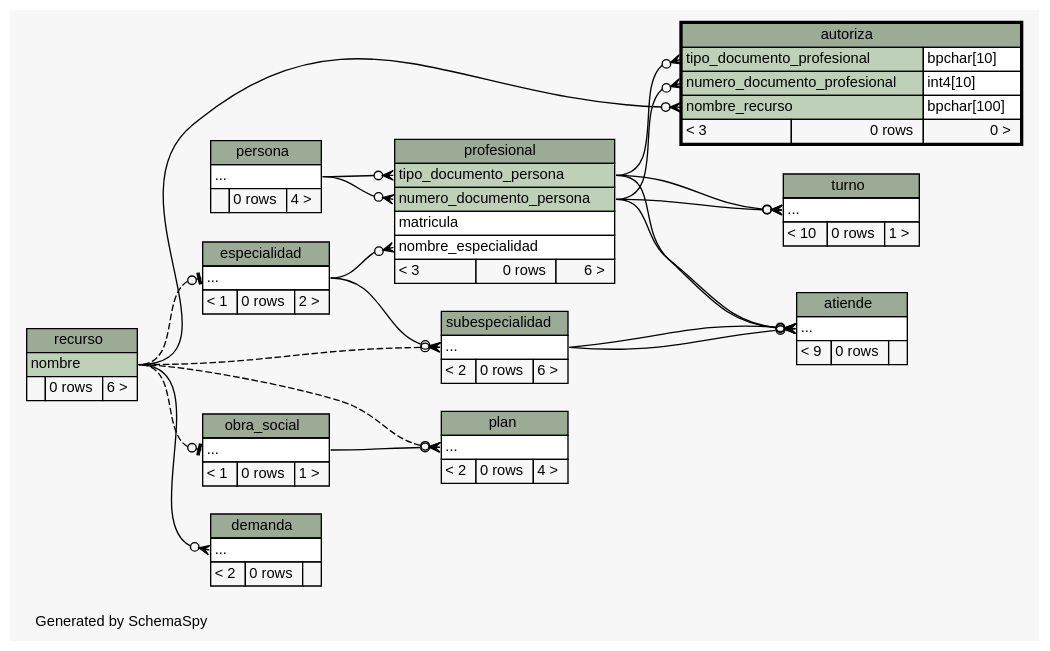
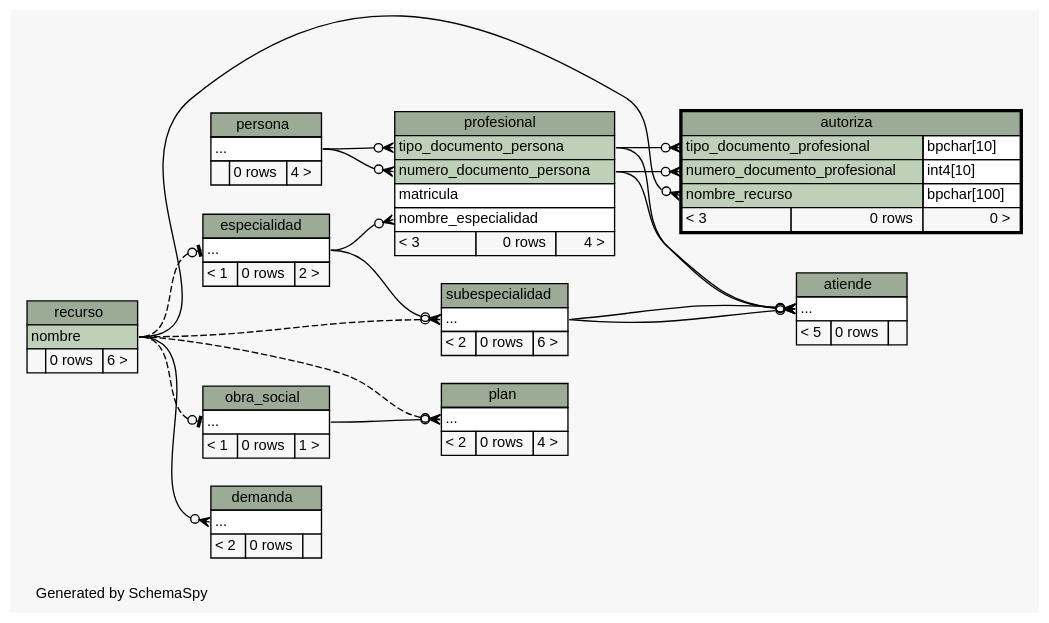
One commit to smpiano/bd-1cuat-2014-agenda-med changed the diagram in tp1/build/schema/diagrams/autoriza.implied2degrees.dot. Above: the diagram before and after it, drawn with Graphviz. The commit also changed 138 other files, not shown here.

```diff
--- a/tp1/build/schema/diagrams/autoriza.implied2degrees.dot
+++ b/tp1/build/schema/diagrams/autoriza.implied2degrees.dot
@@ -1,156 +1,144 @@
 // dot 2.26.3 on Linux 3.8.0-35-generic
 // SchemaSpy rev 590
 digraph "impliedTwoDegreesRelationshipsDiagram" {
   graph [
     rankdir="RL"
     bgcolor="#f7f7f7"
     label="\nGenerated by SchemaSpy"
     labeljust="l"
     nodesep="0.18"
     ranksep="0.46"
     fontname="Helvetica"
     fontsize="11"
   ];
   node [
     fontname="Helvetica"
     fontsize="11"
     shape="plaintext"
   ];
   edge [
     arrowsize="0.8"
   ];
   "atiende":"elipses":w -> "subespecialidad":"elipses":e [arrowhead=none dir=back arrowtail=crowodot];
   "atiende":"elipses":w -> "subespecialidad":"elipses":e [arrowhead=none dir=back arrowtail=crowodot];
   "atiende":"elipses":w -> "profesional":"numero_documento_persona":e [arrowhead=none dir=back arrowtail=crowodot];
   "atiende":"elipses":w -> "profesional":"tipo_documento_persona":e [arrowhead=none dir=back arrowtail=crowodot];
   "autoriza":"nombre_recurso":w -> "recurso":"nombre":e [arrowhead=none dir=back arrowtail=crowodot];
   "autoriza":"numero_documento_profesional":w -> "profesional":"numero_documento_persona":e [arrowhead=none dir=back arrowtail=crowodot];
   "autoriza":"tipo_documento_profesional":w -> "profesional":"tipo_documento_persona":e [arrowhead=none dir=back arrowtail=crowodot];
   "demanda":"elipses":w -> "recurso":"nombre":e [arrowhead=none dir=back arrowtail=crowodot];
   "especialidad":"elipses":w -> "recurso":"nombre":e [arrowhead=none dir=back arrowtail=teeodot style=dashed];
   "obra_social":"elipses":w -> "recurso":"nombre":e [arrowhead=none dir=back arrowtail=teeodot style=dashed];
   "plan":"elipses":w -> "recurso":"nombre":e [arrowhead=none dir=back arrowtail=crowodot style=dashed];
   "plan":"elipses":w -> "obra_social":"elipses":e [arrowhead=none dir=back arrowtail=crowodot];
   "profesional":"nombre_especialidad":w -> "especialidad":"elipses":e [arrowhead=none dir=back arrowtail=crowodot];
   "profesional":"numero_documento_persona":w -> "persona":"elipses":e [arrowhead=none dir=back arrowtail=crowodot];
   "profesional":"tipo_documento_persona":w -> "persona":"elipses":e [arrowhead=none dir=back arrowtail=crowodot];
   "subespecialidad":"elipses":w -> "recurso":"nombre":e [arrowhead=none dir=back arrowtail=crowodot style=dashed];
   "subespecialidad":"elipses":w -> "especialidad":"elipses":e [arrowhead=none dir=back arrowtail=crowodot];
-  "turno":"elipses":w -> "profesional":"numero_documento_persona":e [arrowhead=none dir=back arrowtail=crowodot];
-  "turno":"elipses":w -> "profesional":"tipo_documento_persona":e [arrowhead=none dir=back arrowtail=crowodot];
   "atiende" [
     label=<
     <TABLE BORDER="0" CELLBORDER="1" CELLSPACING="0" BGCOLOR="#ffffff">
       <TR><TD COLSPAN="3" BGCOLOR="#9bab96" ALIGN="CENTER">atiende</TD></TR>
       <TR><TD PORT="elipses" COLSPAN="3" ALIGN="LEFT">...</TD></TR>
-      <TR><TD ALIGN="LEFT" BGCOLOR="#f7f7f7">&lt; 9</TD><TD ALIGN="RIGHT" BGCOLOR="#f7f7f7">0 rows</TD><TD ALIGN="RIGHT" BGCOLOR="#f7f7f7">  </TD></TR>
+      <TR><TD ALIGN="LEFT" BGCOLOR="#f7f7f7">&lt; 5</TD><TD ALIGN="RIGHT" BGCOLOR="#f7f7f7">0 rows</TD><TD ALIGN="RIGHT" BGCOLOR="#f7f7f7">  </TD></TR>
     </TABLE>>
     URL="atiende.html"
     tooltip="atiende"
   ];
   "autoriza" [
     label=<
     <TABLE BORDER="2" CELLBORDER="1" CELLSPACING="0" BGCOLOR="#ffffff">
       <TR><TD COLSPAN="3" BGCOLOR="#9bab96" ALIGN="CENTER">autoriza</TD></TR>
       <TR><TD PORT="tipo_documento_profesional" COLSPAN="2" BGCOLOR="#bed1b8" ALIGN="LEFT">tipo_documento_profesional</TD><TD PORT="tipo_documento_profesional.type" ALIGN="LEFT">bpchar[10]</TD></TR>
       <TR><TD PORT="numero_documento_profesional" COLSPAN="2" BGCOLOR="#bed1b8" ALIGN="LEFT">numero_documento_profesional</TD><TD PORT="numero_documento_profesional.type" ALIGN="LEFT">int4[10]</TD></TR>
       <TR><TD PORT="nombre_recurso" COLSPAN="2" BGCOLOR="#bed1b8" ALIGN="LEFT">nombre_recurso</TD><TD PORT="nombre_recurso.type" ALIGN="LEFT">bpchar[100]</TD></TR>
       <TR><TD ALIGN="LEFT" BGCOLOR="#f7f7f7">&lt; 3</TD><TD ALIGN="RIGHT" BGCOLOR="#f7f7f7">0 rows</TD><TD ALIGN="RIGHT" BGCOLOR="#f7f7f7">0 &gt;</TD></TR>
     </TABLE>>
     URL="autoriza.html"
     tooltip="autoriza"
   ];
   "demanda" [
     label=<
     <TABLE BORDER="0" CELLBORDER="1" CELLSPACING="0" BGCOLOR="#ffffff">
       <TR><TD COLSPAN="3" BGCOLOR="#9bab96" ALIGN="CENTER">demanda</TD></TR>
       <TR><TD PORT="elipses" COLSPAN="3" ALIGN="LEFT">...</TD></TR>
       <TR><TD ALIGN="LEFT" BGCOLOR="#f7f7f7">&lt; 2</TD><TD ALIGN="RIGHT" BGCOLOR="#f7f7f7">0 rows</TD><TD ALIGN="RIGHT" BGCOLOR="#f7f7f7">  </TD></TR>
     </TABLE>>
     URL="demanda.html"
     tooltip="demanda"
   ];
   "especialidad" [
     label=<
     <TABLE BORDER="0" CELLBORDER="1" CELLSPACING="0" BGCOLOR="#ffffff">
       <TR><TD COLSPAN="3" BGCOLOR="#9bab96" ALIGN="CENTER">especialidad</TD></TR>
       <TR><TD PORT="elipses" COLSPAN="3" ALIGN="LEFT">...</TD></TR>
       <TR><TD ALIGN="LEFT" BGCOLOR="#f7f7f7">&lt; 1</TD><TD ALIGN="RIGHT" BGCOLOR="#f7f7f7">0 rows</TD><TD ALIGN="RIGHT" BGCOLOR="#f7f7f7">2 &gt;</TD></TR>
     </TABLE>>
     URL="especialidad.html"
     tooltip="especialidad"
   ];
   "obra_social" [
     label=<
     <TABLE BORDER="0" CELLBORDER="1" CELLSPACING="0" BGCOLOR="#ffffff">
       <TR><TD COLSPAN="3" BGCOLOR="#9bab96" ALIGN="CENTER">obra_social</TD></TR>
       <TR><TD PORT="elipses" COLSPAN="3" ALIGN="LEFT">...</TD></TR>
       <TR><TD ALIGN="LEFT" BGCOLOR="#f7f7f7">&lt; 1</TD><TD ALIGN="RIGHT" BGCOLOR="#f7f7f7">0 rows</TD><TD ALIGN="RIGHT" BGCOLOR="#f7f7f7">1 &gt;</TD></TR>
     </TABLE>>
     URL="obra_social.html"
     tooltip="obra_social"
   ];
   "persona" [
     label=<
     <TABLE BORDER="0" CELLBORDER="1" CELLSPACING="0" BGCOLOR="#ffffff">
       <TR><TD COLSPAN="3" BGCOLOR="#9bab96" ALIGN="CENTER">persona</TD></TR>
       <TR><TD PORT="elipses" COLSPAN="3" ALIGN="LEFT">...</TD></TR>
       <TR><TD ALIGN="LEFT" BGCOLOR="#f7f7f7">  </TD><TD ALIGN="RIGHT" BGCOLOR="#f7f7f7">0 rows</TD><TD ALIGN="RIGHT" BGCOLOR="#f7f7f7">4 &gt;</TD></TR>
     </TABLE>>
     URL="persona.html"
     tooltip="persona"
   ];
   "plan" [
     label=<
     <TABLE BORDER="0" CELLBORDER="1" CELLSPACING="0" BGCOLOR="#ffffff">
       <TR><TD COLSPAN="3" BGCOLOR="#9bab96" ALIGN="CENTER">plan</TD></TR>
       <TR><TD PORT="elipses" COLSPAN="3" ALIGN="LEFT">...</TD></TR>
       <TR><TD ALIGN="LEFT" BGCOLOR="#f7f7f7">&lt; 2</TD><TD ALIGN="RIGHT" BGCOLOR="#f7f7f7">0 rows</TD><TD ALIGN="RIGHT" BGCOLOR="#f7f7f7">4 &gt;</TD></TR>
     </TABLE>>
     URL="plan.html"
     tooltip="plan"
   ];
   "profesional" [
     label=<
     <TABLE BORDER="0" CELLBORDER="1" CELLSPACING="0" BGCOLOR="#ffffff">
       <TR><TD COLSPAN="3" BGCOLOR="#9bab96" ALIGN="CENTER">profesional</TD></TR>
       <TR><TD PORT="tipo_documento_persona" COLSPAN="3" BGCOLOR="#bed1b8" ALIGN="LEFT">tipo_documento_persona</TD></TR>
       <TR><TD PORT="numero_documento_persona" COLSPAN="3" BGCOLOR="#bed1b8" ALIGN="LEFT">numero_documento_persona</TD></TR>
       <TR><TD PORT="matricula" COLSPAN="3" ALIGN="LEFT">matricula</TD></TR>
       <TR><TD PORT="nombre_especialidad" COLSPAN="3" ALIGN="LEFT">nombre_especialidad</TD></TR>
-      <TR><TD ALIGN="LEFT" BGCOLOR="#f7f7f7">&lt; 3</TD><TD ALIGN="RIGHT" BGCOLOR="#f7f7f7">0 rows</TD><TD ALIGN="RIGHT" BGCOLOR="#f7f7f7">6 &gt;</TD></TR>
+      <TR><TD ALIGN="LEFT" BGCOLOR="#f7f7f7">&lt; 3</TD><TD ALIGN="RIGHT" BGCOLOR="#f7f7f7">0 rows</TD><TD ALIGN="RIGHT" BGCOLOR="#f7f7f7">4 &gt;</TD></TR>
     </TABLE>>
     URL="profesional.html"
     tooltip="profesional"
   ];
   "recurso" [
     label=<
     <TABLE BORDER="0" CELLBORDER="1" CELLSPACING="0" BGCOLOR="#ffffff">
       <TR><TD COLSPAN="3" BGCOLOR="#9bab96" ALIGN="CENTER">recurso</TD></TR>
       <TR><TD PORT="nombre" COLSPAN="3" BGCOLOR="#bed1b8" ALIGN="LEFT">nombre</TD></TR>
       <TR><TD ALIGN="LEFT" BGCOLOR="#f7f7f7">  </TD><TD ALIGN="RIGHT" BGCOLOR="#f7f7f7">0 rows</TD><TD ALIGN="RIGHT" BGCOLOR="#f7f7f7">6 &gt;</TD></TR>
     </TABLE>>
     URL="recurso.html"
     tooltip="recurso"
   ];
   "subespecialidad" [
     label=<
     <TABLE BORDER="0" CELLBORDER="1" CELLSPACING="0" BGCOLOR="#ffffff">
       <TR><TD COLSPAN="3" BGCOLOR="#9bab96" ALIGN="CENTER">subespecialidad</TD></TR>
       <TR><TD PORT="elipses" COLSPAN="3" ALIGN="LEFT">...</TD></TR>
       <TR><TD ALIGN="LEFT" BGCOLOR="#f7f7f7">&lt; 2</TD><TD ALIGN="RIGHT" BGCOLOR="#f7f7f7">0 rows</TD><TD ALIGN="RIGHT" BGCOLOR="#f7f7f7">6 &gt;</TD></TR>
     </TABLE>>
     URL="subespecialidad.html"
     tooltip="subespecialidad"
   ];
-  "turno" [
-    label=<
-    <TABLE BORDER="0" CELLBORDER="1" CELLSPACING="0" BGCOLOR="#ffffff">
-      <TR><TD COLSPAN="3" BGCOLOR="#9bab96" ALIGN="CENTER">turno</TD></TR>
-      <TR><TD PORT="elipses" COLSPAN="3" ALIGN="LEFT">...</TD></TR>
-      <TR><TD ALIGN="LEFT" BGCOLOR="#f7f7f7">&lt; 10</TD><TD ALIGN="RIGHT" BGCOLOR="#f7f7f7">0 rows</TD><TD ALIGN="RIGHT" BGCOLOR="#f7f7f7">1 &gt;</TD></TR>
-    </TABLE>>
-    URL="turno.html"
-    tooltip="turno"
-  ];
 }
```
